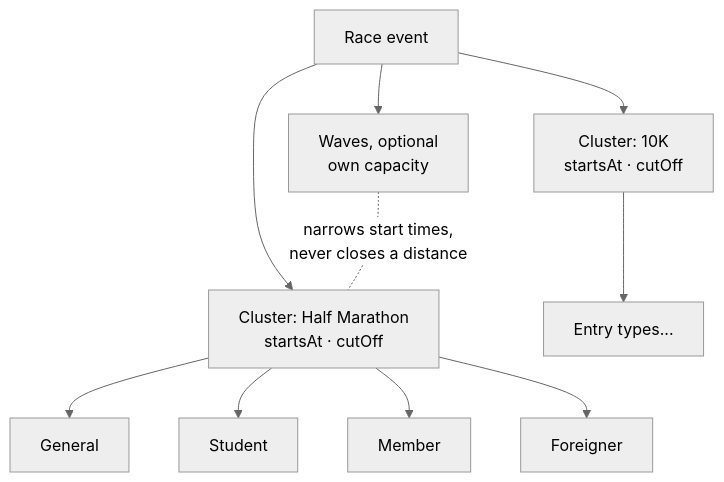
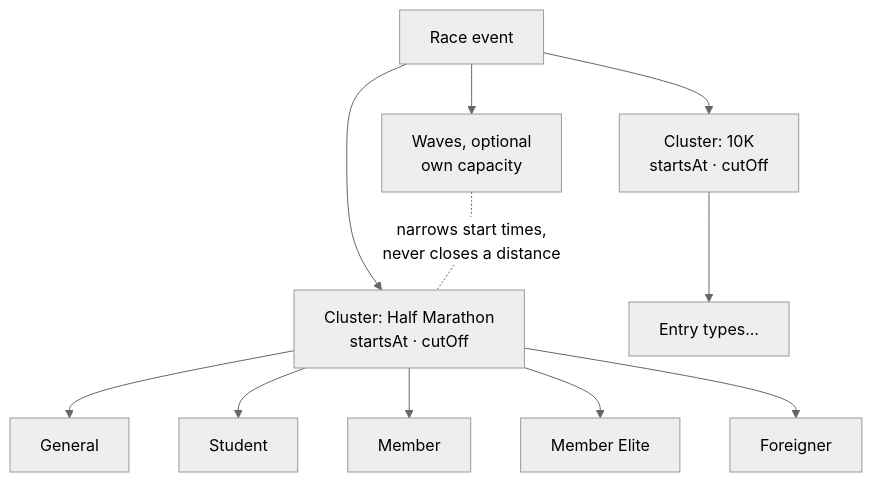
One commit to stage-crew/platform-docs changed the seventh of 20 diagrams in tickify-event-details-and-registration.md. Above: the diagram before and after it, drawn with Mermaid (neutral theme). The commit also changed other lines of this file, not shown here.

````diff
--- a/tickify-event-details-and-registration.md
+++ b/tickify-event-details-and-registration.md
@@ -352,12 +438,13 @@
 ```mermaid
 flowchart TD
   EV["Race event"] --> D1["Cluster: Half Marathon<br/>startsAt · cutOff"]
   EV --> D2["Cluster: 10K<br/>startsAt · cutOff"]
   D1 --> C1["General"]
   D1 --> C2["Student"]
   D1 --> C3["Member"]
+  D1 --> C3b["Member Elite"]
   D1 --> C4["Foreigner"]
   D2 --> C5["Entry types..."]
   EV --> W["Waves, optional<br/>own capacity"]
   W -.-|"narrows start times,<br/>never closes a distance"| D1
 ```
````
